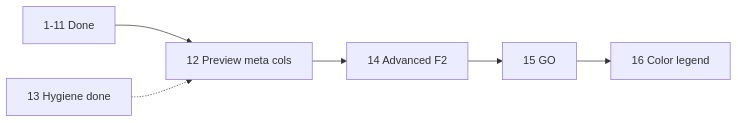
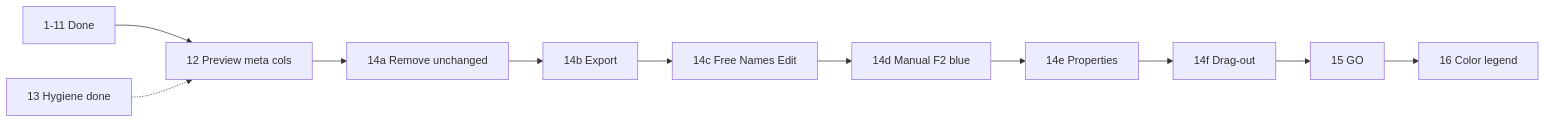
The diagram in docs/plans/rename-list-ui.plan.md (davidohana/finebytes), drawn with Mermaid before and after one commit. The commit also changed other lines of this file and 2 other files, not shown here.

````diff
--- a/docs/plans/rename-list-ui.plan.md
+++ b/docs/plans/rename-list-ui.plan.md
@@ -121,12 +136,18 @@
 ```mermaid
 flowchart LR
   P1_11[1-11 Done]
   P12[12 Preview meta cols]
   P13[13 Hygiene done]
-  P14[14 Advanced F2]
+  P14a[14a Remove unchanged]
+  P14b[14b Export]
+  P14c[14c Free Names Edit]
+  P14d[14d Manual F2 blue]
+  P14e[14e Properties]
+  P14f[14f Drag-out]
   P15[15 GO]
   P16[16 Color legend]
   P1_11 --> P12
   P13 -.-> P12
-  P12 --> P14 --> P15 --> P16
+  P12 --> P14a --> P14b --> P14c --> P14d
+  P14d --> P14e --> P14f --> P15 --> P16
 ```
````
